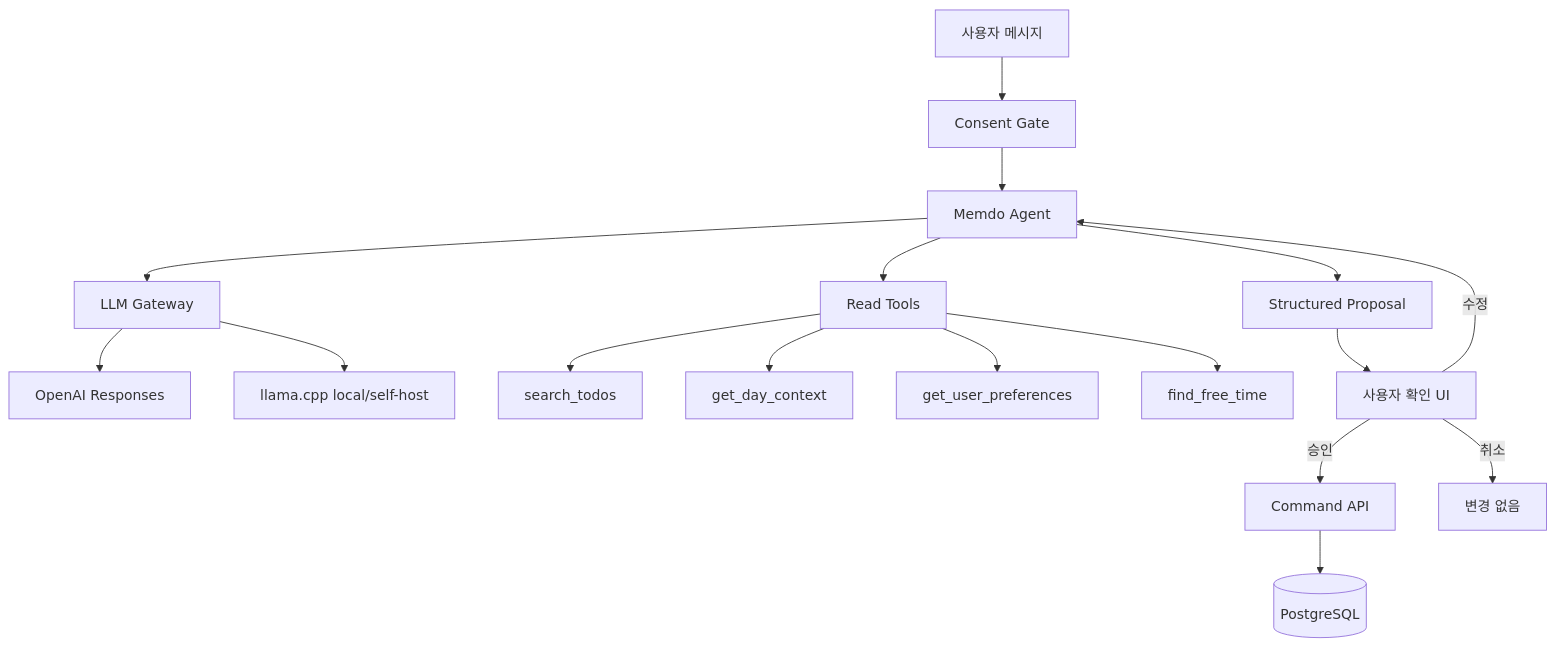
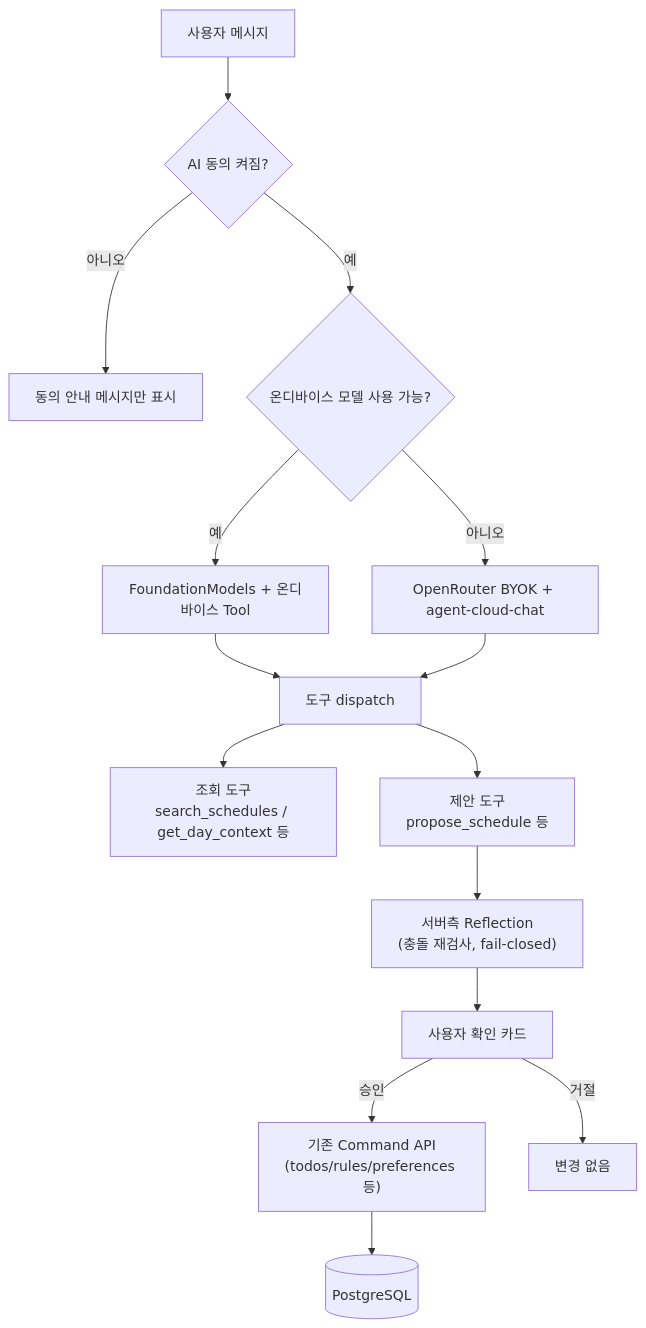
One commit to leebeanbin/memdo changed the diagram in docs/20-ai-agent-architecture.md. Above: the diagram before and after it, drawn with Mermaid. The commit also changed other lines of this file, not shown here.

````diff
--- a/docs/20-ai-agent-architecture.md
+++ b/docs/20-ai-agent-architecture.md
@@ -50,19 +42,17 @@
 ```mermaid
 flowchart TD
-    U["사용자 메시지"] --> C["Consent Gate"]
-    C --> A["Memdo Agent"]
-    A --> LLM["LLM Gateway"]
-    LLM --> OPENAI["OpenAI Responses"]
-    LLM --> LOCAL["llama.cpp local/self-host"]
-    A --> RT["Read Tools"]
-    RT --> SEARCH["search_todos"]
-    RT --> DAY["get_day_context"]
-    RT --> PREF["get_user_preferences"]
-    RT --> FREE["find_free_time"]
-    A --> OUT["Structured Proposal"]
-    OUT --> UI["사용자 확인 UI"]
-    UI -->|승인| CMD["Command API"]
+    U["사용자 메시지"] --> C{"AI 동의 켜짐?"}
+    C -->|아니오| DECLINE["동의 안내 메시지만 표시"]
+    C -->|예| D{"온디바이스 모델 사용 가능?"}
+    D -->|예| OD["FoundationModels + 온디바이스 Tool"]
+    D -->|아니오| CL["OpenRouter BYOK + agent-cloud-chat"]
+    OD --> DISPATCH["도구 dispatch"]
+    CL --> DISPATCH
+    DISPATCH --> READ["조회 도구\nsearch_schedules / get_day_context 등"]
+    DISPATCH --> PROPOSE["제안 도구\npropose_schedule 등"]
+    PROPOSE --> REFLECT["서버측 Reflection\n(충돌 재검사, fail-closed)"]
+    REFLECT --> CARD["사용자 확인 카드"]
+    CARD -->|승인| CMD["기존 Command API\n(todos/rules/preferences 등)"]
     CMD --> DB[("PostgreSQL")]
-    UI -->|수정| A
-    UI -->|취소| END["변경 없음"]
+    CARD -->|거절| END["변경 없음"]
 ```
````
